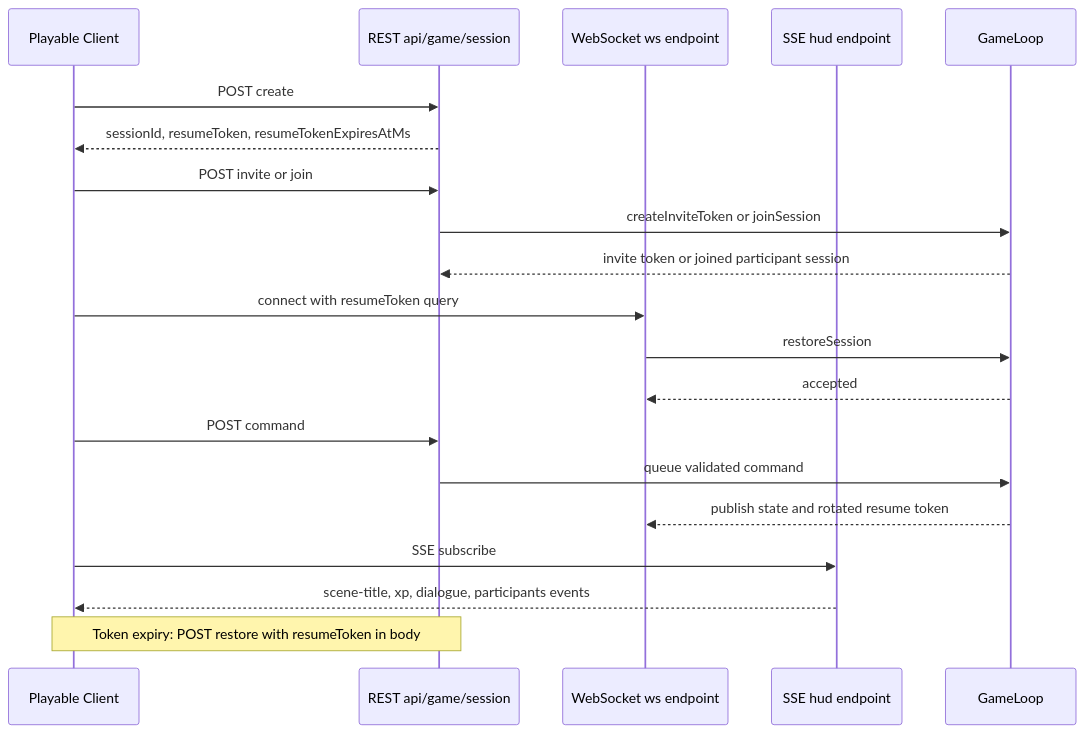
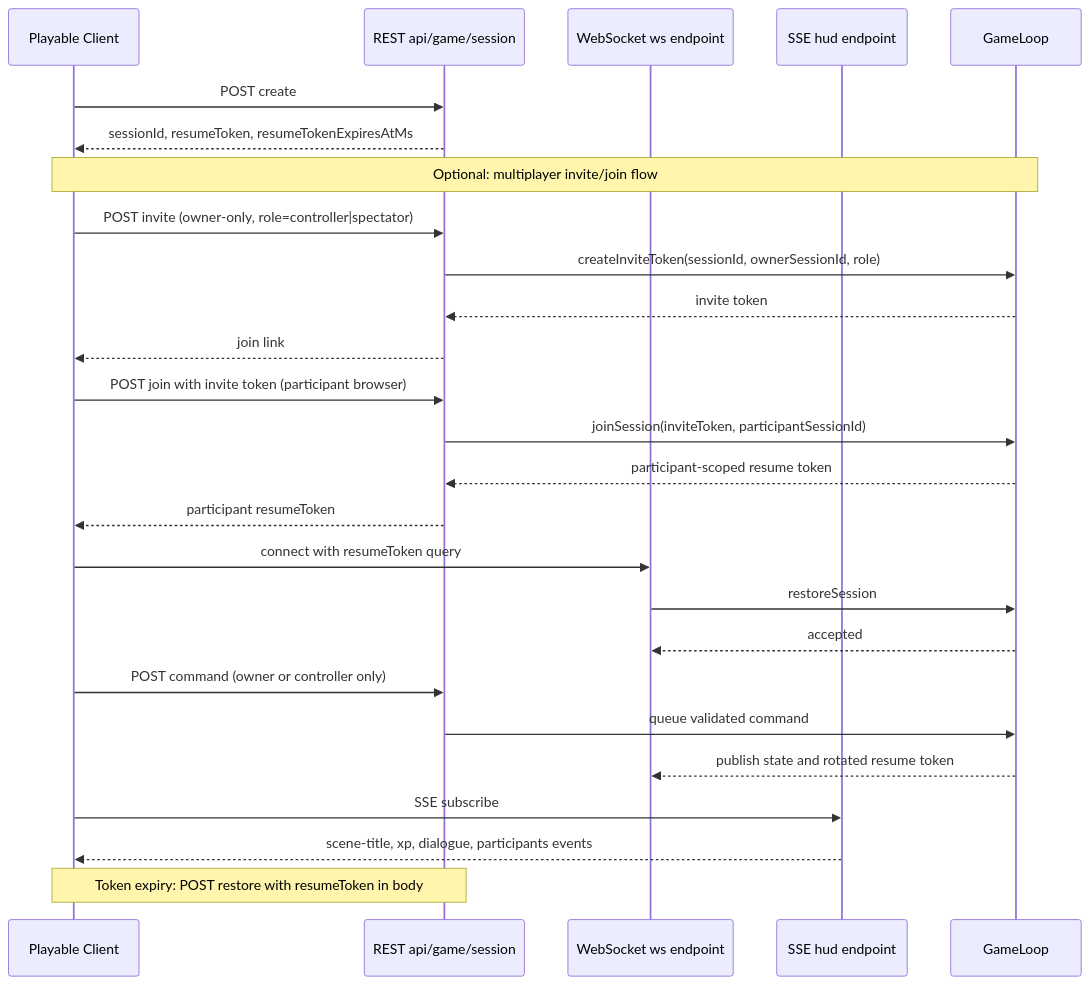
Before and after one commit to d4551/tea: the fifth of 13 diagrams in README.md, drawn with Mermaid. The commit also changed other lines of this file and 9 other files, not shown here.

````diff
--- a/README.md
+++ b/README.md
@@ -387,23 +411,32 @@
 ```mermaid
 sequenceDiagram
   participant Client as Playable Client
   participant REST as REST api/game/session
   participant WS as WebSocket ws endpoint
   participant HUD as SSE hud endpoint
   participant GL as GameLoop
 
   Client->>REST: POST create
   REST-->>Client: sessionId, resumeToken, resumeTokenExpiresAtMs
-  Client->>REST: POST invite or join
-  REST->>GL: createInviteToken or joinSession
-  GL-->>REST: invite token or joined participant session
+
+  Note over Client,GL: Optional: multiplayer invite/join flow
+  Client->>REST: POST invite (owner-only, role=controller|spectator)
+  REST->>GL: createInviteToken(sessionId, ownerSessionId, role)
+  GL-->>REST: invite token
+  REST-->>Client: join link
+
+  Client->>REST: POST join with invite token (participant browser)
+  REST->>GL: joinSession(inviteToken, participantSessionId)
+  GL-->>REST: participant-scoped resume token
+  REST-->>Client: participant resumeToken
+
   Client->>WS: connect with resumeToken query
   WS->>GL: restoreSession
   GL-->>WS: accepted
-  Client->>REST: POST command
+  Client->>REST: POST command (owner or controller only)
   REST->>GL: queue validated command
   GL-->>WS: publish state and rotated resume token
   Client->>HUD: SSE subscribe
   HUD-->>Client: scene-title, xp, dialogue, participants events
   Note over Client,REST: Token expiry: POST restore with resumeToken in body
 ```
````
